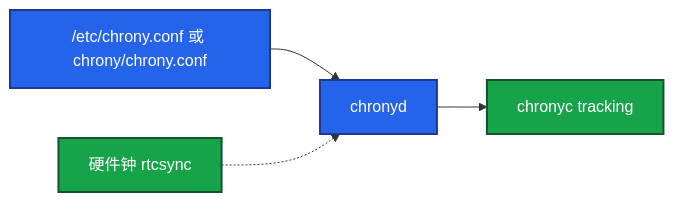
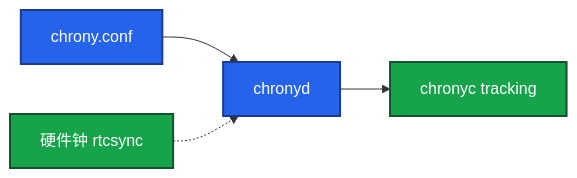
Before and after one commit to ml-cuizijun/LearnToLilith: the third of 4 diagrams in 02-基础底座/19-NTP与时间同步/知识点.md, drawn with Mermaid. The commit also changed other lines of this file and 107 other files, not shown here.

````diff
--- a/02-基础底座/19-NTP与时间同步/知识点.md
+++ b/02-基础底座/19-NTP与时间同步/知识点.md
@@ -231,11 +305,11 @@
 ```mermaid
 flowchart LR
-    conf["/etc/chrony.conf 或 chrony/chrony.conf"] --> svc[chronyd]
+    conf["chrony.conf"] --> svc[chronyd]
     svc --> track[chronyc tracking]
     rtc[硬件钟 rtcsync] -.-> svc
 
     classDef a fill:#2563EB,stroke:#1E3A8A,stroke-width:2px,color:#fff
     classDef b fill:#16A34A,stroke:#14532D,stroke-width:2px,color:#fff
     class conf,svc a
     class track,rtc b
 ```
````
